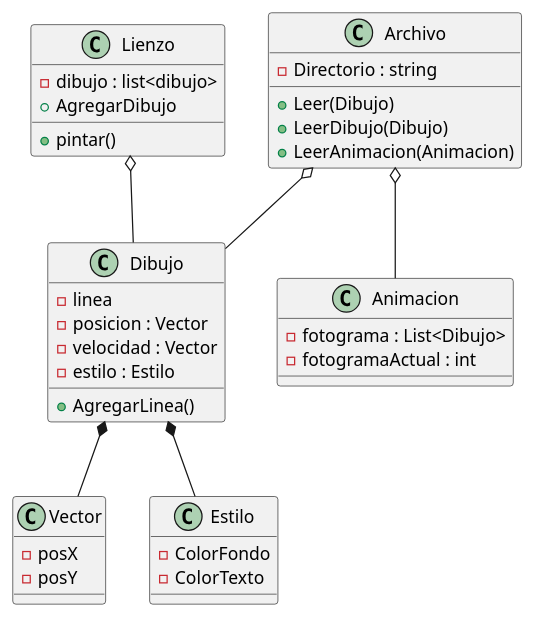
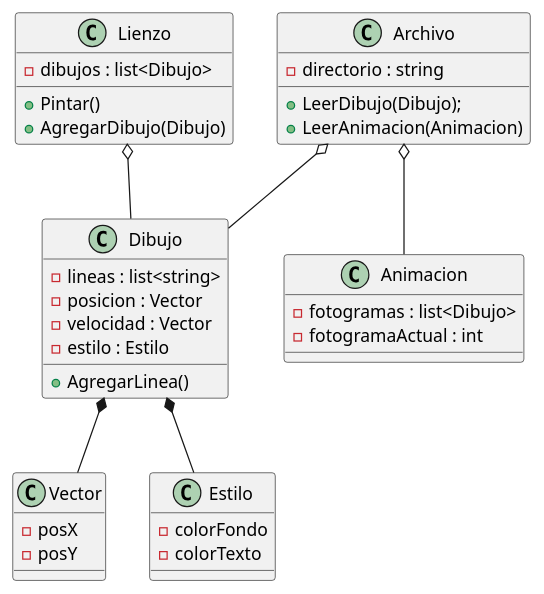
One commit to danielbrambila/arkanoid changed the diagram in docs/pintor.puml. Above: the diagram before and after it, drawn with PlantUML. The commit also changed 6 other files, not shown here.

```diff
--- a/docs/pintor.puml
+++ b/docs/pintor.puml
@@ -1,42 +1,46 @@
 @startuml Pintor
 
 class Dibujo{
-    -linea
+    -lineas : list<string>
     -posicion : Vector
     -velocidad : Vector
     -estilo : Estilo
     +AgregarLinea()
 }
 class Vector{
     -posX
     -posY
 }
 class Archivo{
-    -Directorio : string
-    +Leer(Dibujo)
-    +LeerDibujo(Dibujo)
+    -directorio : string
+    +LeerDibujo(Dibujo);
     +LeerAnimacion(Animacion)
+
 }
 class Estilo{
-    -ColorFondo
-    -ColorTexto
+    -colorFondo
+    -colorTexto
+
 }
 
 class Animacion{
-    -fotograma : List<Dibujo>
+    -fotogramas : list<Dibujo>
     -fotogramaActual : int
 }
+
 class Lienzo{
-    -dibujo : list<dibujo>
-    +pintar()
-    +AgregarDibujo
+    -dibujos : list<Dibujo>
+    +Pintar()
+    +AgregarDibujo(Dibujo)
 }
+
 
 Dibujo *-- Vector
 Archivo o-- Dibujo
 Dibujo *-- Estilo
 Archivo o-- Animacion
 Lienzo o-- Dibujo
 
 
+
 @enduml
```
